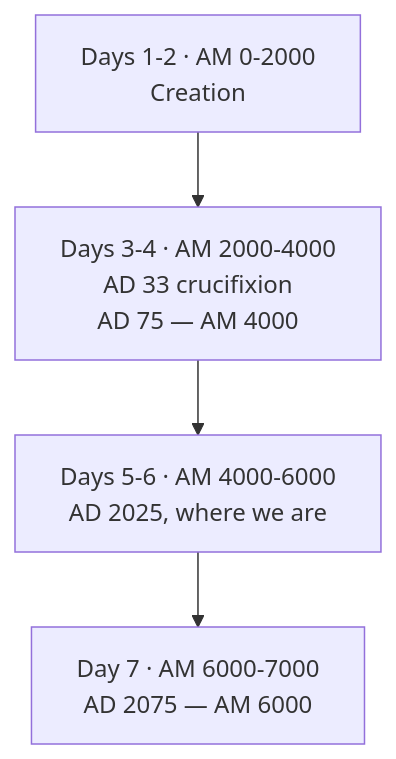
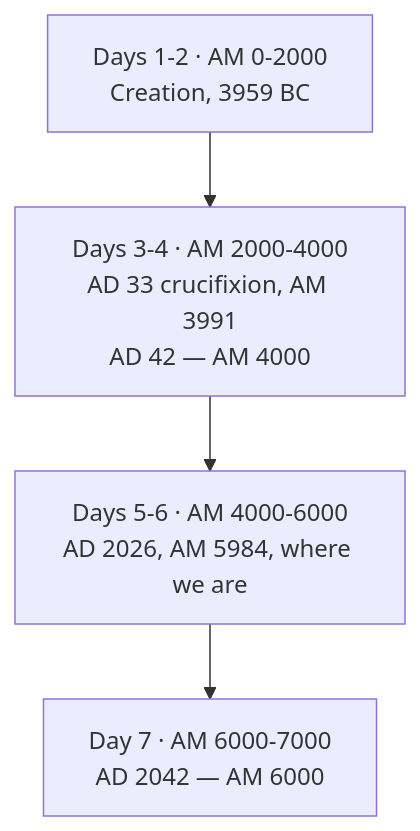
The diagram in docs/content/last-things/day-is-near.md (ding0t/bible_studies), drawn with Mermaid before and after one commit. The commit also changed other lines of this file and 18 other files, not shown here.

First line of the commit message:
feat(chronology): put the studies and the timeline on one line

````diff
--- a/docs/content/last-things/day-is-near.md
+++ b/docs/content/last-things/day-is-near.md
@@ -182,6 +182,6 @@
 ```mermaid
 flowchart TD
-    A["Days 1-2 · AM 0-2000<br/>Creation"] --> B["Days 3-4 · AM 2000-4000<br/>AD 33 crucifixion<br/>AD 75 — AM 4000"]
-    B --> C["Days 5-6 · AM 4000-6000<br/>AD 2025, where we are"]
-    C --> D["Day 7 · AM 6000-7000<br/>AD 2075 — AM 6000"]
+    A["Days 1-2 · AM 0-2000<br/>Creation, 3959 BC"] --> B["Days 3-4 · AM 2000-4000<br/>AD 33 crucifixion, AM 3991<br/>AD 42 — AM 4000"]
+    B --> C["Days 5-6 · AM 4000-6000<br/>AD 2026, AM 5984, where we are"]
+    C --> D["Day 7 · AM 6000-7000<br/>AD 2042 — AM 6000"]
 ```
````
